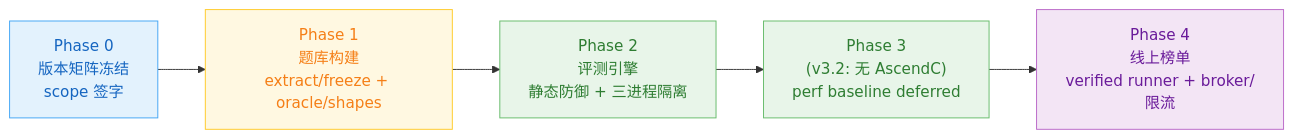
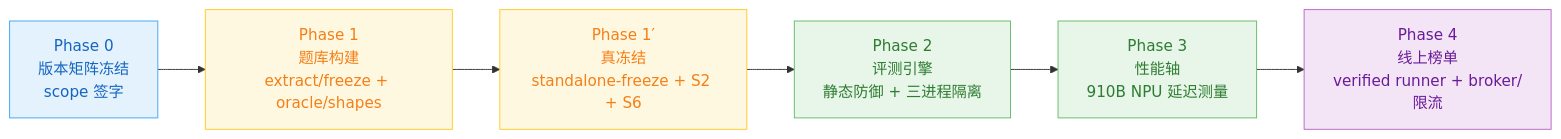
One commit to Gxj230958/TritonAscendBench changed diagram 11 of 11 in docs/DESIGN.md. Above: the diagram before and after it, drawn with Mermaid. The commit also changed other lines of this file and 37 other files, not shown here.

First line of the commit message:
Phase A': standalone-freeze + S2 + provenance-keyed verdict cache

````diff
--- a/docs/DESIGN.md
+++ b/docs/DESIGN.md
@@ -668,17 +680,18 @@
 ```mermaid
 flowchart LR
     P0["Phase 0<br/>版本矩阵冻结<br/>scope 签字"]
     P1["Phase 1<br/>题库构建<br/>extract/freeze + oracle/shapes"]
+    P1P["Phase 1′<br/>真冻结<br/>standalone-freeze + S2 + S6"]
     P2["Phase 2<br/>评测引擎<br/>静态防御 + 三进程隔离"]
-    P3["Phase 3<br/>(v3.2: 无 AscendC)<br/>perf baseline deferred"]
+    P3["Phase 3<br/>性能轴<br/>910B NPU 延迟测量"]
     P4["Phase 4<br/>线上榜单<br/>verified runner + broker/限流"]
-    P0 --> P1 --> P2 --> P3 --> P4
+    P0 --> P1 --> P1P --> P2 --> P3 --> P4
     classDef plan fill:#E3F2FD,stroke:#42A5F5,color:#1565C0;
     classDef build fill:#FFF8E1,stroke:#FFCA28,color:#F57F17;
     classDef engine fill:#E8F5E9,stroke:#66BB6A,color:#2E7D32;
     classDef release fill:#F3E5F5,stroke:#BA68C8,color:#6A1B9A;
     class P0 plan;
-    class P1 build;
+    class P1,P1P build;
     class P2,P3 engine;
     class P4 release;
 ```
````
